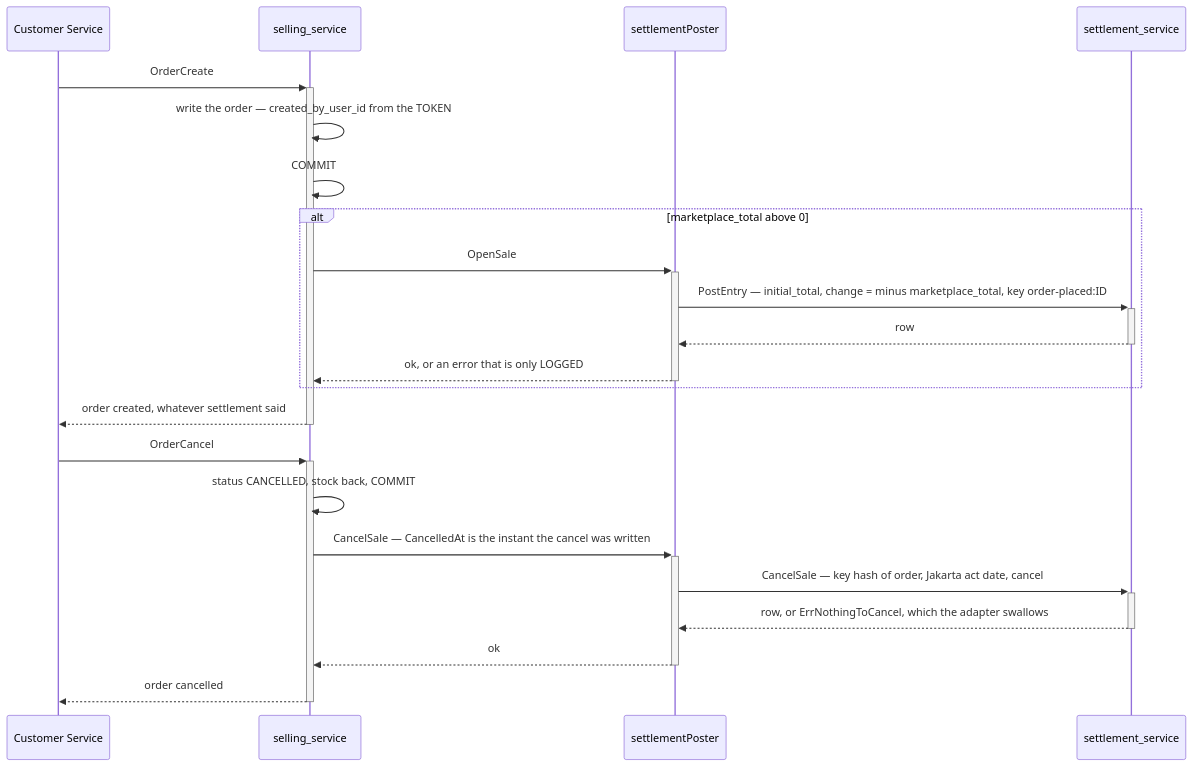
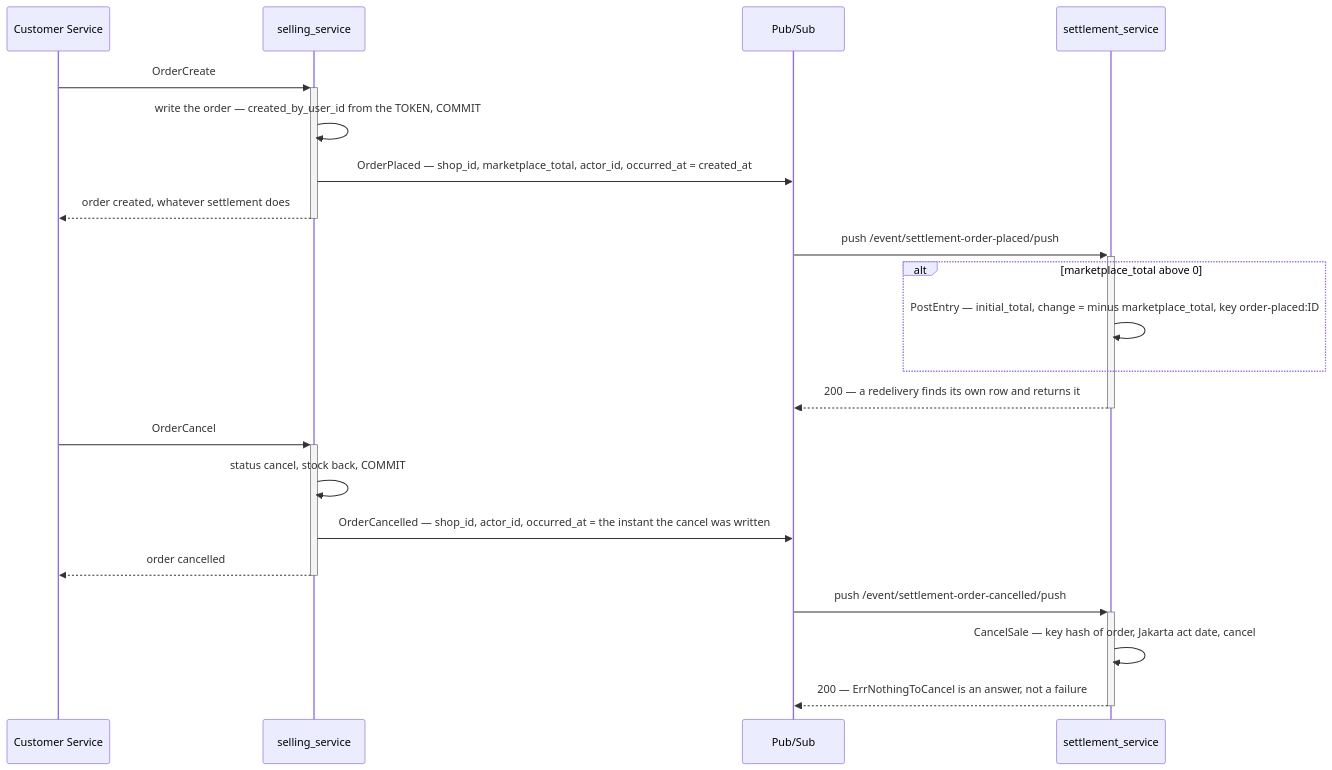
One commit to pdcgo/warehouse_revamp changed the fourth of 6 diagrams in docs/services/settlement_service/rpc.md. Above: the diagram before and after it, drawn with Mermaid. The commit also changed other lines of this file and 161 other files, not shown here.

First line of the commit message:
feat(order): eleven statuses, one batch status move, settlement from events, return warehouse

````diff
--- a/docs/services/settlement_service/rpc.md
+++ b/docs/services/settlement_service/rpc.md
@@ -153,26 +156,25 @@
 ```mermaid
 sequenceDiagram
   participant CS as Customer Service
   participant O as selling_service
-  participant A as settlementPoster
+  participant B as Pub/Sub
   participant S as settlement_service
 
   CS->>+O: OrderCreate
-  O->>O: write the order — created_by_user_id from the TOKEN
-  O->>O: COMMIT
+  O->>O: write the order — created_by_user_id from the TOKEN, COMMIT
+  O->>B: OrderPlaced — shop_id, marketplace_total, actor_id, occurred_at = created_at
+  O-->>-CS: order created, whatever settlement does
+  B->>+S: push /event/settlement-order-placed/push
   alt marketplace_total above 0
-    O->>+A: OpenSale
-    A->>+S: PostEntry — initial_total, change = minus marketplace_total, key order-placed:ID
-    S-->>-A: row
-    A-->>-O: ok, or an error that is only LOGGED
+    S->>S: PostEntry — initial_total, change = minus marketplace_total, key order-placed:ID
   end
-  O-->>-CS: order created, whatever settlement said
+  S-->>-B: 200 — a redelivery finds its own row and returns it
 
   CS->>+O: OrderCancel
-  O->>O: status CANCELLED, stock back, COMMIT
-  O->>+A: CancelSale — CancelledAt is the instant the cancel was written
-  A->>+S: CancelSale — key hash of order, Jakarta act date, cancel
-  S-->>-A: row, or ErrNothingToCancel, which the adapter swallows
-  A-->>-O: ok
+  O->>O: status cancel, stock back, COMMIT
+  O->>B: OrderCancelled — shop_id, actor_id, occurred_at = the instant the cancel was written
   O-->>-CS: order cancelled
+  B->>+S: push /event/settlement-order-cancelled/push
+  S->>S: CancelSale — key hash of order, Jakarta act date, cancel
+  S-->>-B: 200 — ErrNothingToCancel is an answer, not a failure
 ```
````
